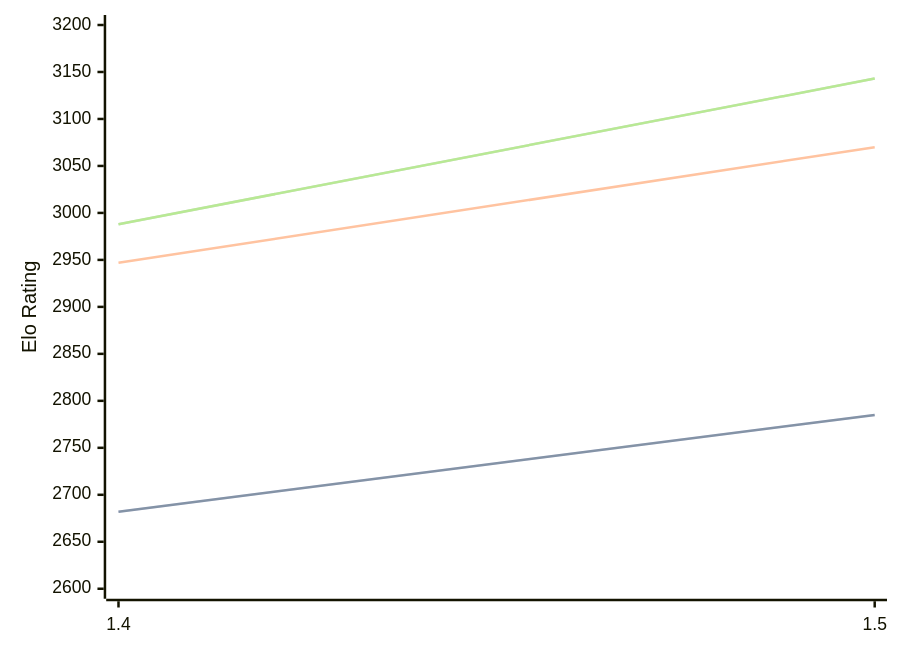
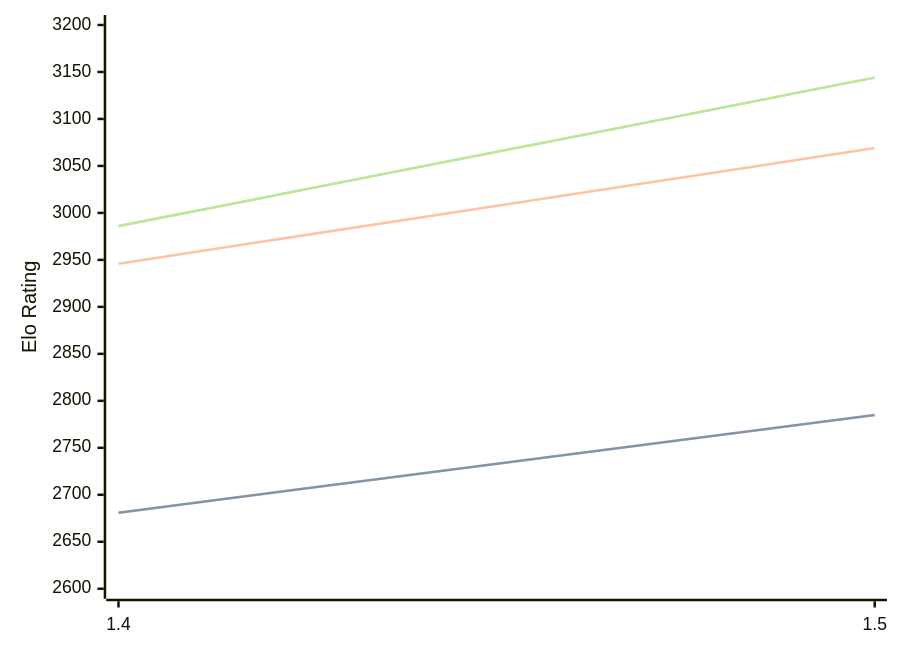
One commit to computer-chess-index/cci changed the diagram in engines/Yakka.md. Above: the diagram before and after it, drawn with Mermaid. The commit also changed other lines of this file, not shown here.

Commit message:
Update CCI Ratings (ELO VLTC) - 2026-03-23

````diff
--- a/engines/Yakka.md
+++ b/engines/Yakka.md
@@ -36,11 +36,11 @@
 ```mermaid
 %%{init: {"theme":"base","themeVariables":{"seriesColors:['#a3a3a3','#222221','#faa371']}}}%%
 xychart-beta
   x-axis ["1.4", "1.5"]
   y-axis "Elo Rating" 2600 --> 3200
-  line "STC (8.0+0.08s)" [2682, 2785]
-  line "STC (8.0+0.08s)" [2682, 2785]
-  line "LTC (60.0+0.60s)" [2947, 3070]
-  line "VLTC (2m24s+1.12s)" [2988, 3143]
-  line "VLTC (2m24s+1.12s)" [2988, 3143]
+  line "STC (8.0+0.08s)" [2681, 2785]
+  line "STC (8.0+0.08s)" [2681, 2785]
+  line "LTC (60.0+0.60s)" [2946, 3069]
+  line "VLTC (2m24s+1.12s)" [2986, 3144]
+  line "VLTC (2m24s+1.12s)" [2986, 3144]
 ```
````
